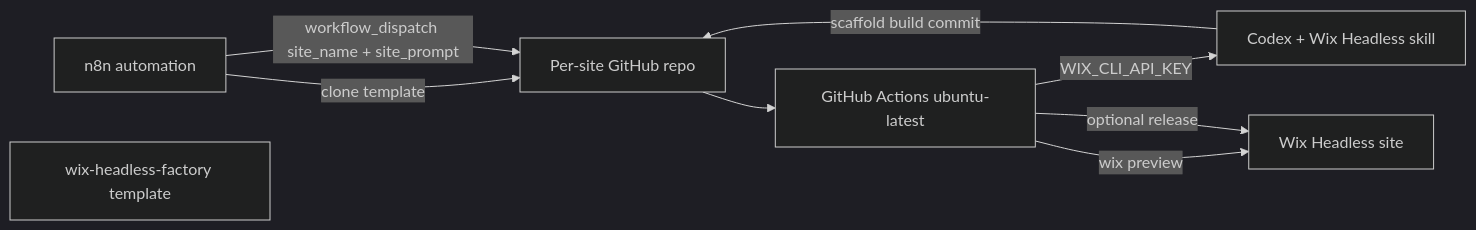
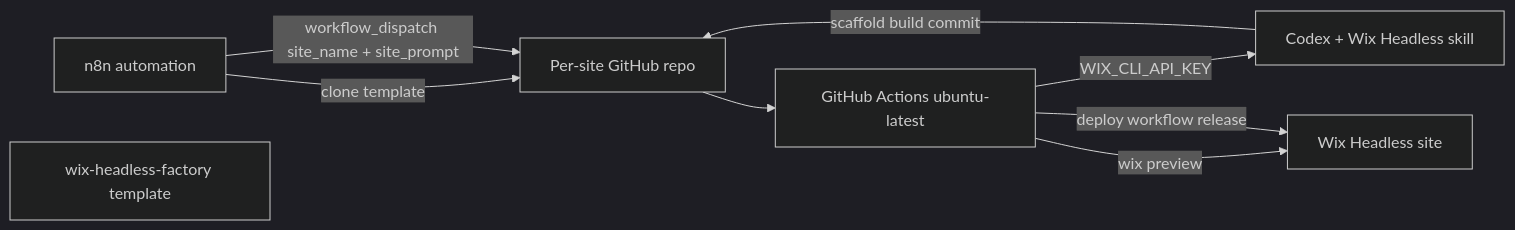
The diagram in README.md (Sonny-Websites/wix-headless-factory), drawn with Mermaid (dark theme) before and after one commit. The commit also changed other lines of this file and 19 other files, not shown here.

````diff
--- a/README.md
+++ b/README.md
@@ -13,17 +13,17 @@
 ```mermaid
 flowchart LR
   n8n[n8n automation]
   template[wix-headless-factory template]
   repo[Per-site GitHub repo]
   gha[GitHub Actions ubuntu-latest]
   codex[Codex + Wix Headless skill]
   wix[Wix Headless site]
 
   n8n -->|clone template| repo
   n8n -->|workflow_dispatch site_name + site_prompt| repo
   repo --> gha
   gha -->|WIX_CLI_API_KEY| codex
   codex -->|scaffold build commit| repo
   gha -->|wix preview| wix
-  gha -->|optional release| wix
+  gha -->|deploy workflow release| wix
 ```
````
